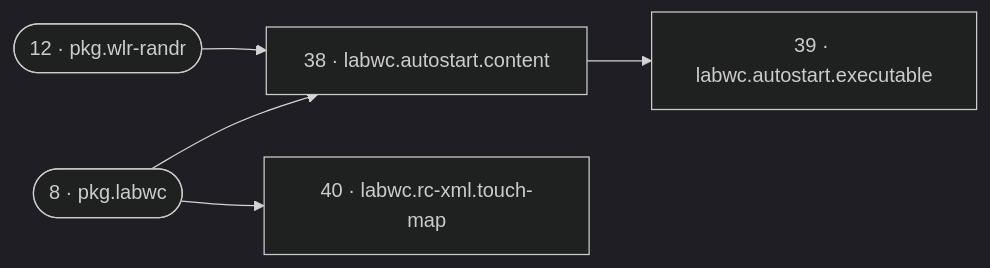
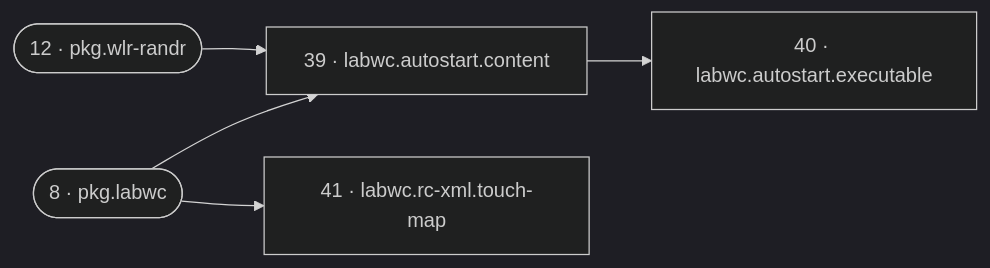
One commit to SixFive7/FrameLink changed diagram 12 of 21 in reference/reconcile-dag.md. Above: the diagram before and after it, drawn with Mermaid (dark theme). The commit also changed other lines of this file and 5 other files, not shown here.

````diff
--- a/reference/reconcile-dag.md
+++ b/reference/reconcile-dag.md
@@ -383,12 +385,12 @@
 ```mermaid
 flowchart LR
-  r38["38 · labwc.autostart.content"]
-  r39["39 · labwc.autostart.executable"]
-  r40["40 · labwc.rc-xml.touch-map"]
+  r39["39 · labwc.autostart.content"]
+  r40["40 · labwc.autostart.executable"]
+  r41["41 · labwc.rc-xml.touch-map"]
   r8(["8 · pkg.labwc"])
   r12(["12 · pkg.wlr-randr"])
-  r8 --> r38
-  r12 --> r38
-  r38 --> r39
-  r8 --> r40
+  r8 --> r39
+  r12 --> r39
+  r39 --> r40
+  r8 --> r41
 ```
````
